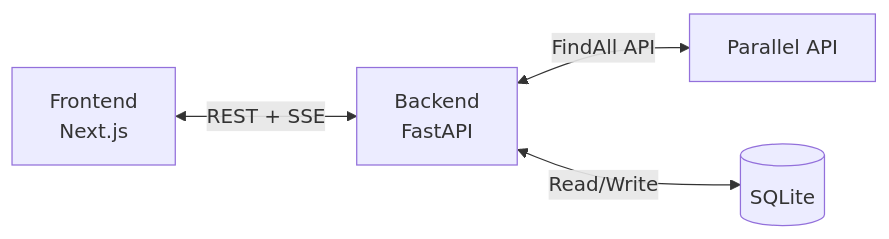
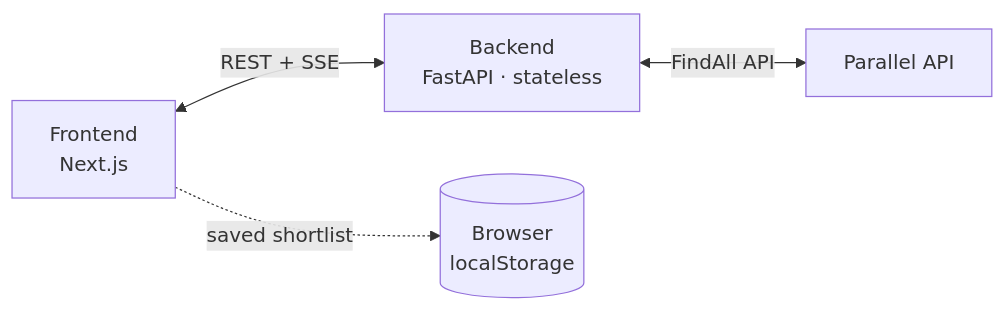
The diagram in README.md (elijahgjacob/apartment-finder-web), drawn with Mermaid before and after one commit. The commit also changed other lines of this file and 35 other files, not shown here.

First line of the commit message:
Make the app stateless: session-only search + browser-saved targets

````diff
--- a/README.md
+++ b/README.md
@@ -14,6 +14,6 @@
 ```mermaid
 graph LR
-    A[Frontend<br/>Next.js] <-->|REST + SSE| B[Backend<br/>FastAPI]
+    A[Frontend<br/>Next.js] <-->|REST + SSE| B[Backend<br/>FastAPI · stateless]
     B <-->|FindAll API| C[Parallel API]
-    B <-->|Read/Write| D[(SQLite)]
+    A -.->|saved shortlist| E[(Browser<br/>localStorage)]
 ```
````
